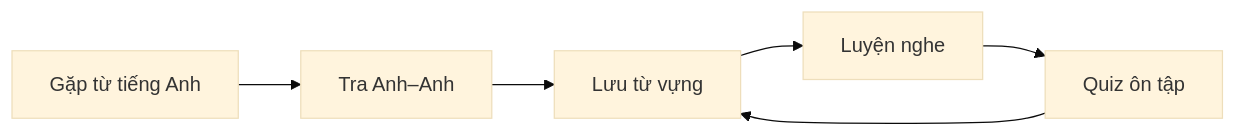
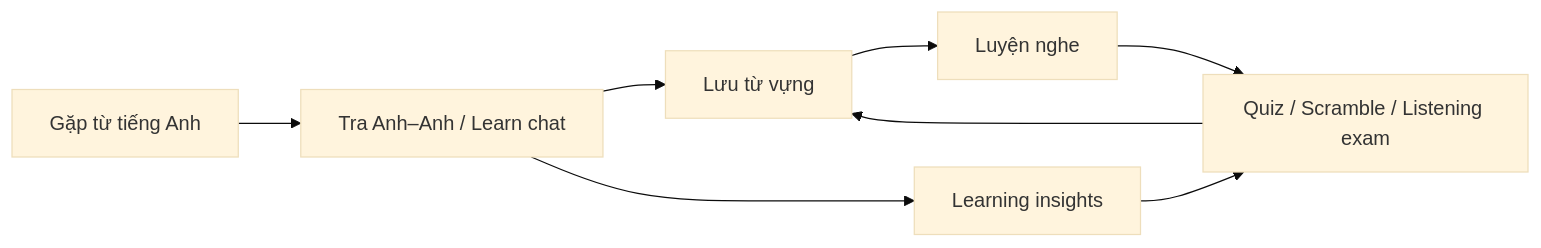
Before and after one commit to nvnhan0810/foreign-language-course: the first of 2 diagrams in README.md, drawn with Mermaid (base theme). The commit also changed other lines of this file and 50 other files, not shown here.

First line of the commit message:
Add Learn chat insights for quiz, extension resolve polish, and retire agent API.

````diff
--- a/README.md
+++ b/README.md
@@ -15,8 +15,10 @@
 ```mermaid
 flowchart LR
-  A[Gặp từ tiếng Anh] --> B[Tra Anh–Anh]
+  A[Gặp từ tiếng Anh] --> B[Tra Anh–Anh / Learn chat]
   B --> C[Lưu từ vựng]
   C --> D[Luyện nghe]
-  D --> E[Quiz ôn tập]
+  D --> E[Quiz / Scramble / Listening exam]
   E --> C
+  B --> I[Learning insights]
+  I --> E
 ```
````
